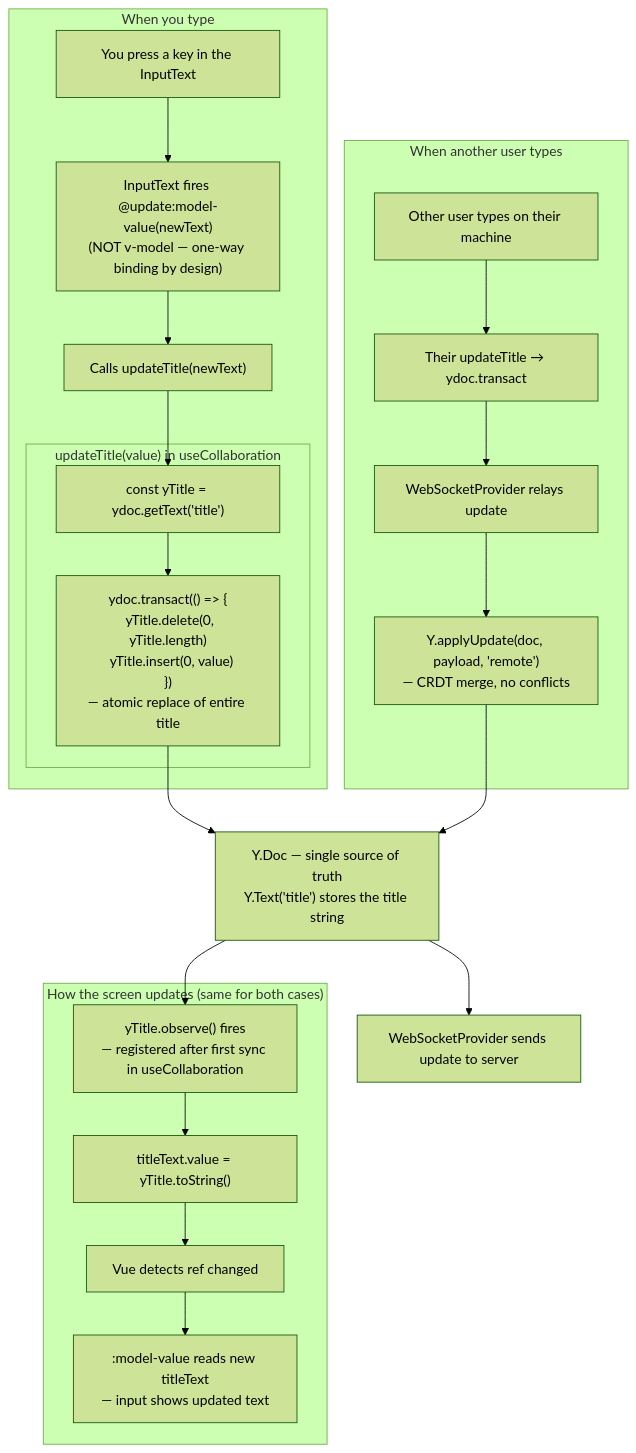
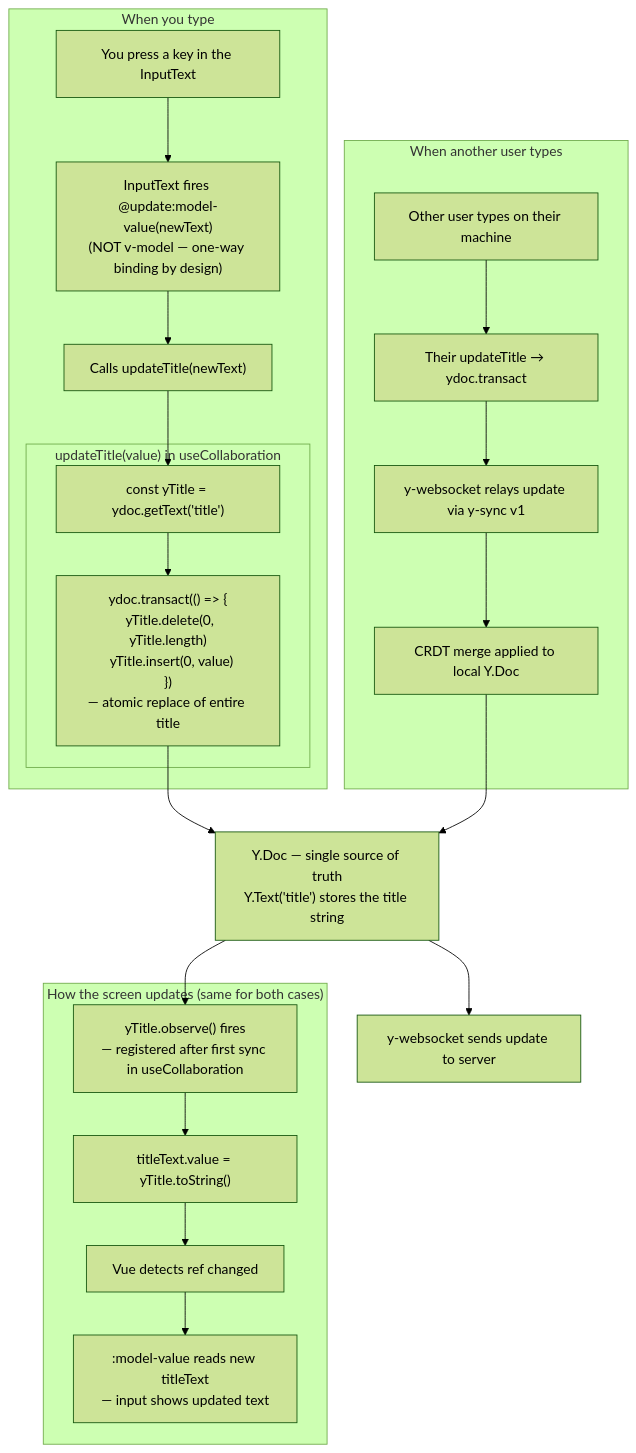
One commit to MySeaLeeOom/basic_structure changed the third of 13 diagrams in srcs/requirements/frontend/docs/dev/tiptap-yjs-summary.md. Above: the diagram before and after it, drawn with Mermaid (forest theme). The commit also changed other lines of this file and 6 other files, not shown here.

First line of the commit message:
Update dev docs for y-websocket architecture and condense obsolete content

````diff
--- a/srcs/requirements/frontend/docs/dev/tiptap-yjs-summary.md
+++ b/srcs/requirements/frontend/docs/dev/tiptap-yjs-summary.md
@@ -163,37 +164,37 @@
 ```mermaid
 flowchart TD
     subgraph when_you_type["When you type"]
         you["You press a key in the InputText"]
         emit["InputText fires @update:model-value#40;newText#41;<br/>#40;NOT v-model — one-way binding by design#41;"]
         call_update["Calls updateTitle#40;newText#41;"]
 
         subgraph updateTitle_fn["updateTitle#40;value#41; in useCollaboration"]
             get_ytext["const yTitle = ydoc.getText#40;'title'#41;"]
             transact["ydoc.transact#40;#40;#41; => {<br/>  yTitle.delete#40;0, yTitle.length#41;<br/>  yTitle.insert#40;0, value#41;<br/>}#41;<br/>— atomic replace of entire title"]
         end
     end
 
     you --> emit --> call_update --> get_ytext --> transact --> ydoc
 
     ydoc["Y.Doc — single source of truth<br/>Y.Text#40;'title'#41; stores the title string"]
 
     subgraph when_remote_types["When another user types"]
         remote["Other user types on their machine"]
         remote_transact["Their updateTitle → ydoc.transact"]
-        transport["WebSocketProvider relays update"]
-        apply["Y.applyUpdate#40;doc, payload, 'remote'#41;<br/>— CRDT merge, no conflicts"]
+        transport["y-websocket relays update via y-sync v1"]
+        apply["CRDT merge applied to local Y.Doc"]
     end
 
     remote --> remote_transact --> transport --> apply --> ydoc
 
     subgraph screen_updates["How the screen updates #40;same for both cases#41;"]
         observer["yTitle.observe#40;#41; fires<br/>— registered after first sync in useCollaboration"]
         ref["titleText.value = yTitle.toString#40;#41;"]
         vue["Vue detects ref changed"]
         render[":model-value reads new titleText<br/>— input shows updated text"]
     end
 
     ydoc --> observer --> ref --> vue --> render
 
-    ydoc --> ws_out["WebSocketProvider sends update to server"]
+    ydoc --> ws_out["y-websocket sends update to server"]
 ```
````
